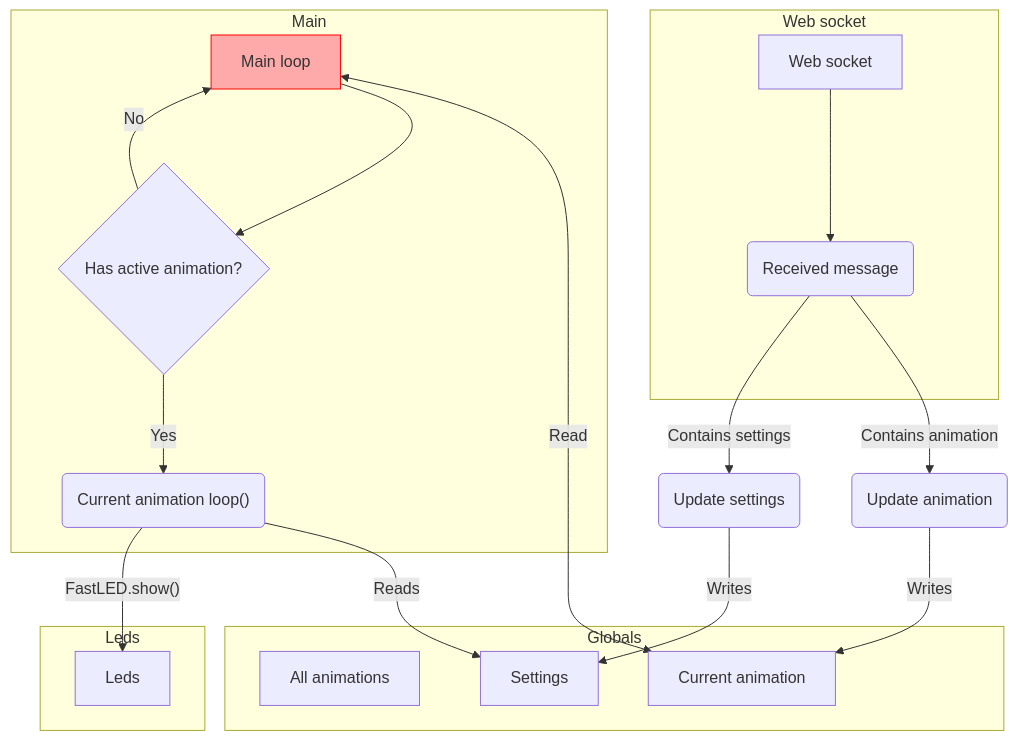
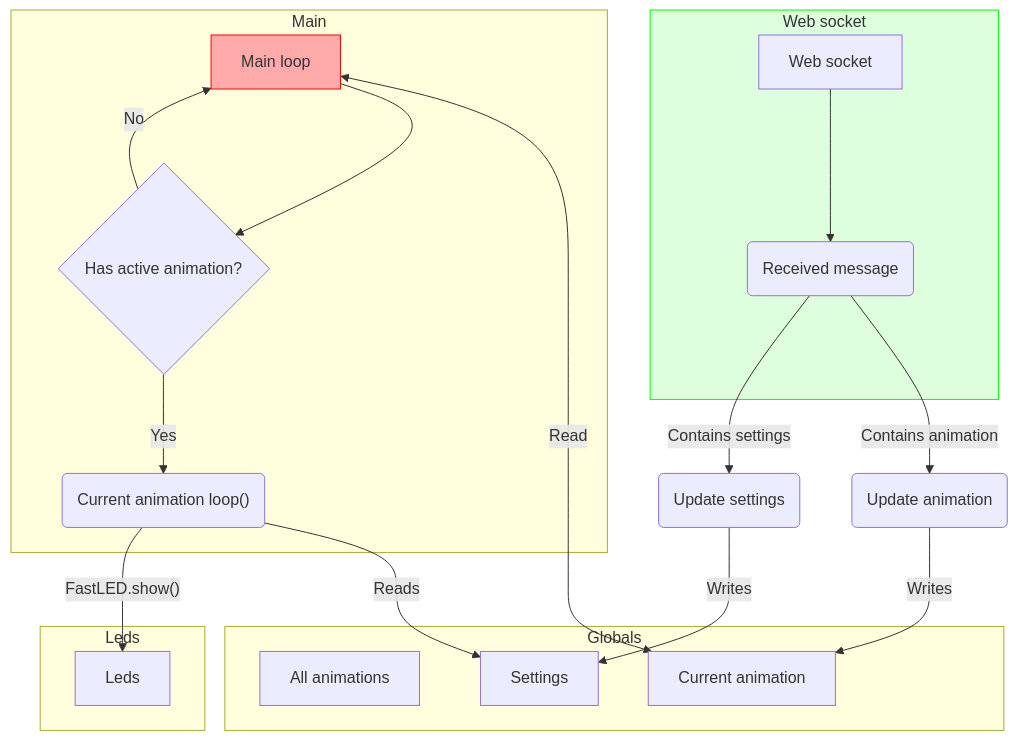
The fourth of 6 diagrams in src/PowerBar/README.md (Edt-2000/Edt-2000-microcontrollers), drawn with Mermaid before and after one commit. The commit also changed other lines of this file, not shown here.

````diff
--- a/src/PowerBar/README.md
+++ b/src/PowerBar/README.md
@@ -84,37 +98,38 @@
 ```mermaid
 flowchart TD
     subgraph Globals
     allAnimations[All animations]
     currentAnimation[Current animation]
     settings[Settings]
     end
 
     subgraph Leds
     leds[Leds]
     end
 
     subgraph Main
     main[Main loop]
     main <-->|Read| currentAnimation
     
     main -->check{Has active animation?}
     style main fill:#faa,stroke:#f00
     check -->|Yes| animation("Current animation loop()")
     end
 
-    subgraph Web socket
+    subgraph sgws["Web socket"]
+    style sgws fill:#dfd,stroke:#0f0
     ws[Web socket] -->message(Received message)
     end
 
     updateAnimation -->|Writes| currentAnimation
     
     animation -->|Reads| settings
     animation -->|"FastLED.show()"| leds
     
     message -->|Contains animation| updateAnimation(Update animation)
 
     message -->|Contains settings| updateSettings(Update settings)
     updateSettings -->|Writes| settings
     
     check -->|No| main
 ```
````
